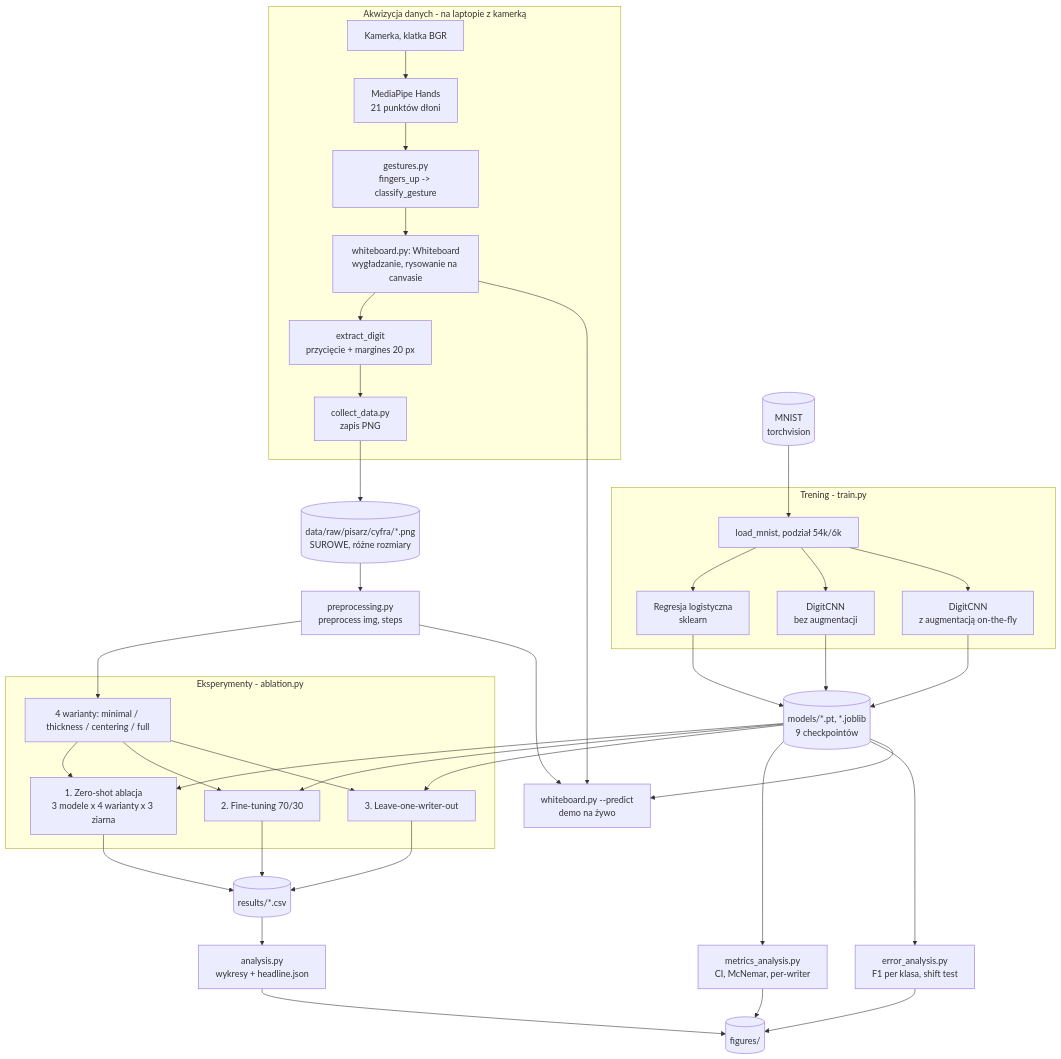
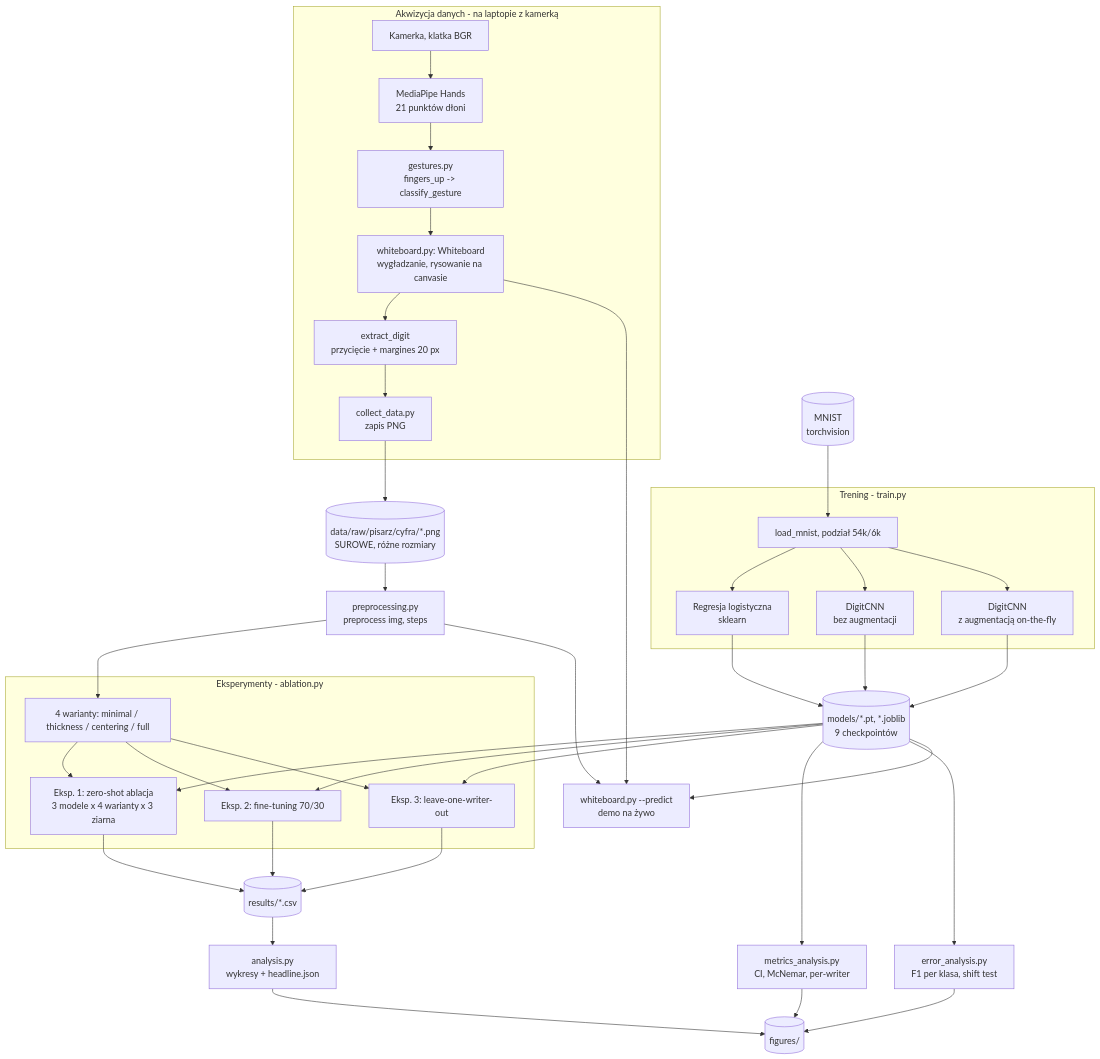
Before and after one commit to MateuszDobry/airwrite: the diagram in docs/technical-guide_PL.md, drawn with Mermaid. The commit also changed other lines of this file, not shown here.

Commit message:
Fix wording and mermaid labels in technical guide
Claude-Session: https://claude.ai/code/session_01KqgeKEwwax5kuhd4KYfGPr

````diff
--- a/docs/technical-guide_PL.md
+++ b/docs/technical-guide_PL.md
@@ -74,50 +74,50 @@
 ```mermaid
 flowchart TD
     subgraph A[Akwizycja danych - na laptopie z kamerką]
         CAM[Kamerka, klatka BGR] --> MP[MediaPipe Hands<br/>21 punktów dłoni]
         MP --> G[gestures.py<br/>fingers_up -> classify_gesture]
         G --> WB[whiteboard.py: Whiteboard<br/>wygładzanie, rysowanie na canvasie]
         WB --> EX[extract_digit<br/>przycięcie + margines 20 px]
         EX --> CD[collect_data.py<br/>zapis PNG]
     end
 
     CD --> RAW[(data/raw/pisarz/cyfra/*.png<br/>SUROWE, różne rozmiary)]
     MNIST[(MNIST<br/>torchvision)] --> TR
 
     subgraph B[Trening - train.py]
         TR[load_mnist, podział 54k/6k] --> LR[Regresja logistyczna<br/>sklearn]
         TR --> CNN[DigitCNN<br/>bez augmentacji]
         TR --> AUG[DigitCNN<br/>z augmentacją on-the-fly]
     end
 
     LR --> CK[(models/*.pt, *.joblib<br/>9 checkpointów)]
     CNN --> CK
     AUG --> CK
 
     RAW --> PP[preprocessing.py<br/>preprocess img, steps]
     PP --> V[4 warianty: minimal / thickness / centering / full]
 
     subgraph C[Eksperymenty - ablation.py]
-        V --> ZS[1. Zero-shot ablacja<br/>3 modele x 4 warianty x 3 ziarna]
-        V --> FT[2. Fine-tuning 70/30]
-        V --> LOWO[3. Leave-one-writer-out]
+        V --> ZS[Eksp. 1: zero-shot ablacja<br/>3 modele x 4 warianty x 3 ziarna]
+        V --> FT[Eksp. 2: fine-tuning 70/30]
+        V --> LOWO[Eksp. 3: leave-one-writer-out]
     end
     CK --> ZS
     CK --> FT
     CK --> LOWO
 
     ZS --> RES[(results/*.csv)]
     FT --> RES
     LOWO --> RES
 
     RES --> AN[analysis.py<br/>wykresy + headline.json]
     CK --> MA[metrics_analysis.py<br/>CI, McNemar, per-writer]
     CK --> EA[error_analysis.py<br/>F1 per klasa, shift test]
     AN --> FIG[(figures/)]
     MA --> FIG
     EA --> FIG
 
     CK --> DEMO[whiteboard.py --predict<br/>demo na żywo]
     WB --> DEMO
     PP --> DEMO
 ```
````
